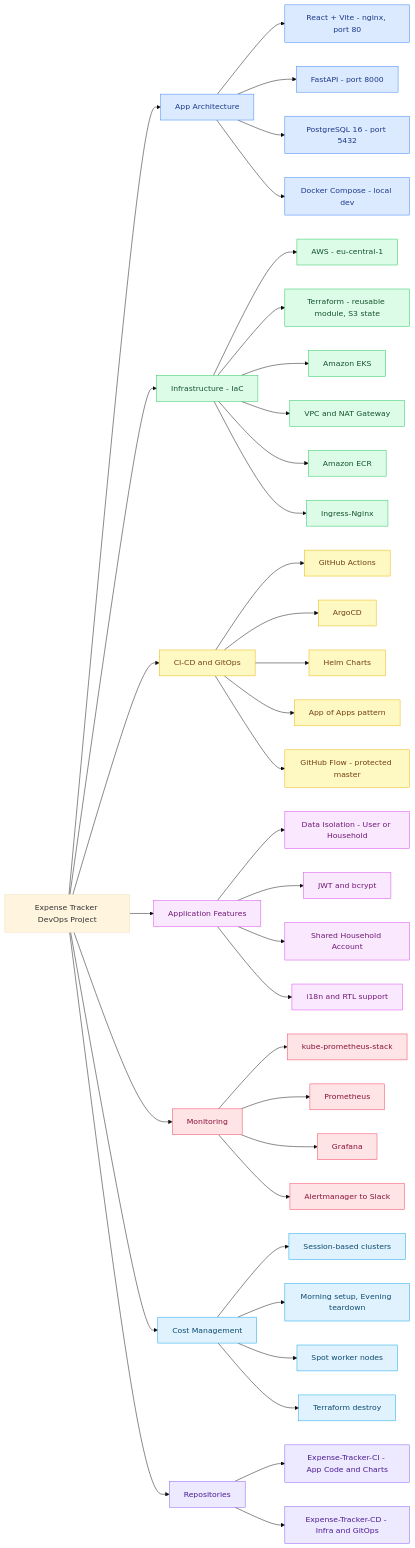
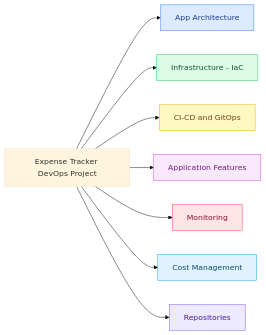
The diagram in README.md (NiceXD1204/Expense-Tracker-CI), drawn with Mermaid (base theme) before and after one commit. The commit also changed other lines of this file and 1 other file, not shown here.

Commit message:
docs: compact README architecture diagram, link to interactive mind map

````diff
--- a/README.md
+++ b/README.md
@@ -20,63 +20,26 @@
 ```mermaid
 flowchart LR
-    Root["Expense Tracker DevOps Project"]
-
-    Root --> AppArch["App Architecture"]
-    AppArch --> A1["React + Vite - nginx, port 80"]
-    AppArch --> A2["FastAPI - port 8000"]
-    AppArch --> A3["PostgreSQL 16 - port 5432"]
-    AppArch --> A4["Docker Compose - local dev"]
-
+    Root["Expense Tracker DevOps Project"] --> AppArch["App Architecture"]
     Root --> Infra["Infrastructure - IaC"]
-    Infra --> I1["AWS - eu-central-1"]
-    Infra --> I2["Terraform - reusable module, S3 state"]
-    Infra --> I3["Amazon EKS"]
-    Infra --> I4["VPC and NAT Gateway"]
-    Infra --> I5["Amazon ECR"]
-    Infra --> I6["Ingress-Nginx"]
-
     Root --> CICD["CI-CD and GitOps"]
-    CICD --> C1["GitHub Actions"]
-    CICD --> C2["ArgoCD"]
-    CICD --> C3["Helm Charts"]
-    CICD --> C4["App of Apps pattern"]
-    CICD --> C5["GitHub Flow - protected master"]
-
     Root --> Features["Application Features"]
-    Features --> F1["Data Isolation - User or Household"]
-    Features --> F2["JWT and bcrypt"]
-    Features --> F3["Shared Household Account"]
-    Features --> F4["i18n and RTL support"]
-
     Root --> Mon["Monitoring"]
-    Mon --> M1["kube-prometheus-stack"]
-    Mon --> M2["Prometheus"]
-    Mon --> M3["Grafana"]
-    Mon --> M4["Alertmanager to Slack"]
-
     Root --> Cost["Cost Management"]
-    Cost --> CM1["Session-based clusters"]
-    Cost --> CM2["Morning setup, Evening teardown"]
-    Cost --> CM3["Spot worker nodes"]
-    Cost --> CM4["Terraform destroy"]
-
     Root --> Repos["Repositories"]
-    Repos --> R1["Expense-Tracker-CI - App Code and Charts"]
-    Repos --> R2["Expense-Tracker-CD - Infra and GitOps"]
 
     classDef appArch fill:#dbeafe,stroke:#3b82f6,color:#1e3a8a;
     classDef infra fill:#dcfce7,stroke:#22c55e,color:#14532d;
     classDef cicd fill:#fef9c3,stroke:#eab308,color:#713f12;
     classDef features fill:#fae8ff,stroke:#d946ef,color:#701a75;
     classDef mon fill:#ffe4e6,stroke:#f43f5e,color:#881337;
     classDef cost fill:#e0f2fe,stroke:#0ea5e9,color:#0c4a6e;
     classDef repos fill:#ede9fe,stroke:#8b5cf6,color:#4c1d95;
 
-    class AppArch,A1,A2,A3,A4 appArch;
-    class Infra,I1,I2,I3,I4,I5,I6 infra;
-    class CICD,C1,C2,C3,C4,C5 cicd;
-    class Features,F1,F2,F3,F4 features;
-    class Mon,M1,M2,M3,M4 mon;
-    class Cost,CM1,CM2,CM3,CM4 cost;
-    class Repos,R1,R2 repos;
+    class AppArch appArch;
+    class Infra infra;
+    class CICD cicd;
+    class Features features;
+    class Mon mon;
+    class Cost cost;
+    class Repos repos;
 ```
````
